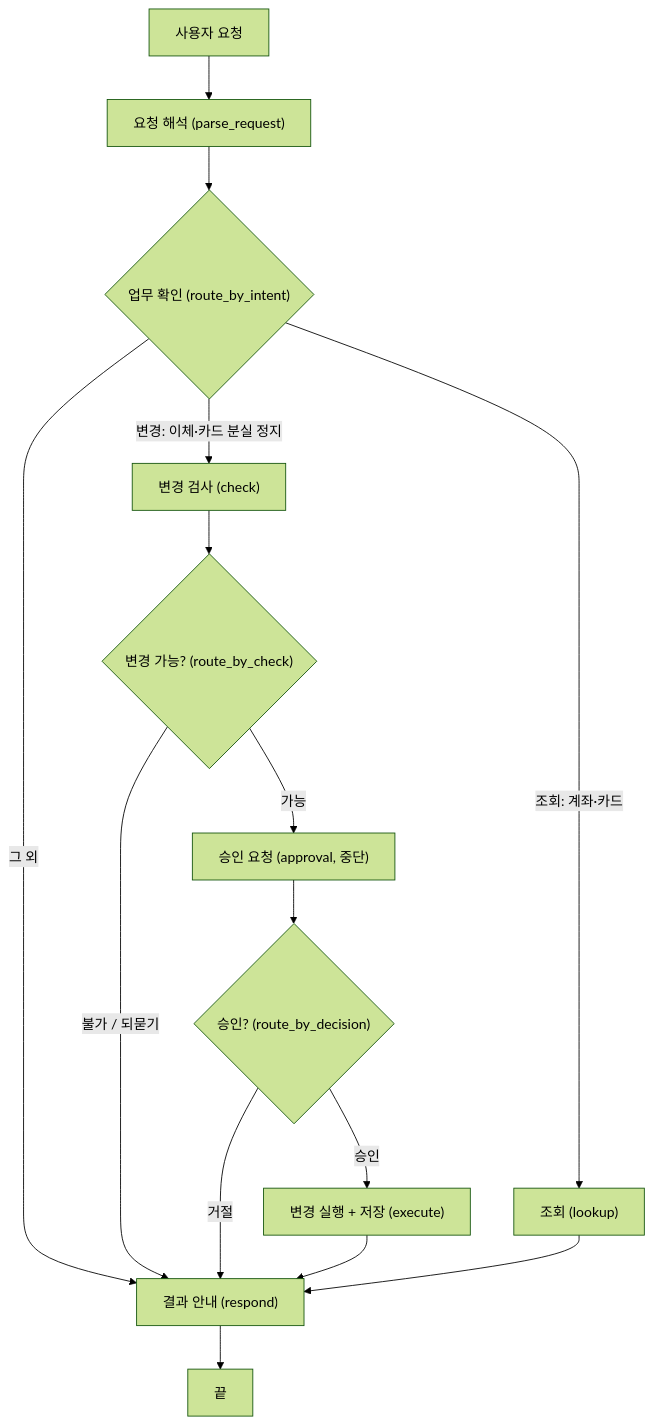
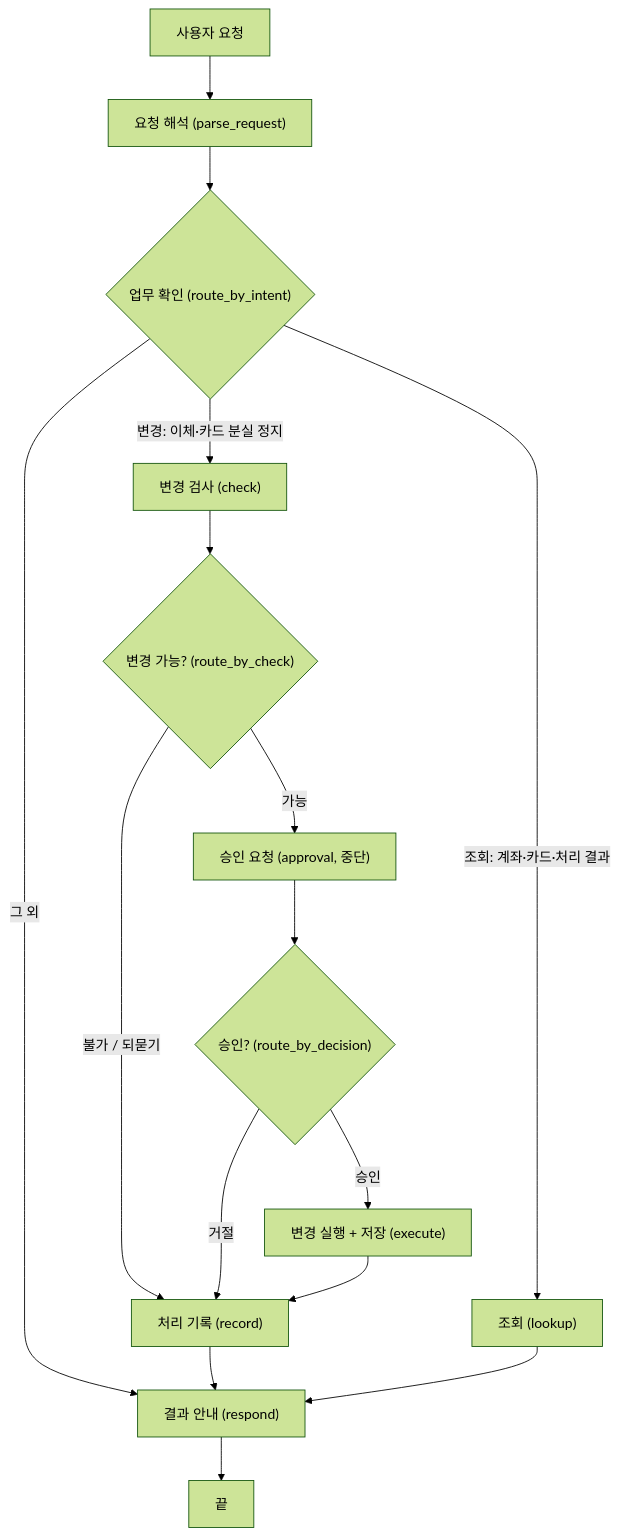
One commit to Xnarin/my-ai-agent changed the diagram in langchain_/mini-project-3/docs/design_final.md. Above: the diagram before and after it, drawn with Mermaid (forest theme). The commit also changed other lines of this file and 2 other files, not shown here.

````diff
--- a/langchain_/mini-project-3/docs/design_final.md
+++ b/langchain_/mini-project-3/docs/design_final.md
@@ -26,17 +27,18 @@
 ```mermaid
 flowchart TD
     A[사용자 요청] --> B["요청 해석 (parse_request)"]
     B --> C{"업무 확인 (route_by_intent)"}
-    C -->|"조회: 계좌·카드"| D["조회 (lookup)"]
+    C -->|"조회: 계좌·카드·처리 결과"| D["조회 (lookup)"]
     C -->|"변경: 이체·카드 분실 정지"| E["변경 검사 (check)"]
     C -->|그 외| R["결과 안내 (respond)"]
     E --> F{"변경 가능? (route_by_check)"}
-    F -->|"불가 / 되묻기"| R
+    F -->|"불가 / 되묻기"| L["처리 기록 (record)"]
     F -->|가능| G["승인 요청 (approval, 중단)"]
     G --> H{"승인? (route_by_decision)"}
-    H -->|거절| R
+    H -->|거절| L
     H -->|승인| I["변경 실행 + 저장 (execute)"]
-    I --> R
+    I --> L
+    L --> R
     D --> R
     R --> Z[끝]
 ```
````
